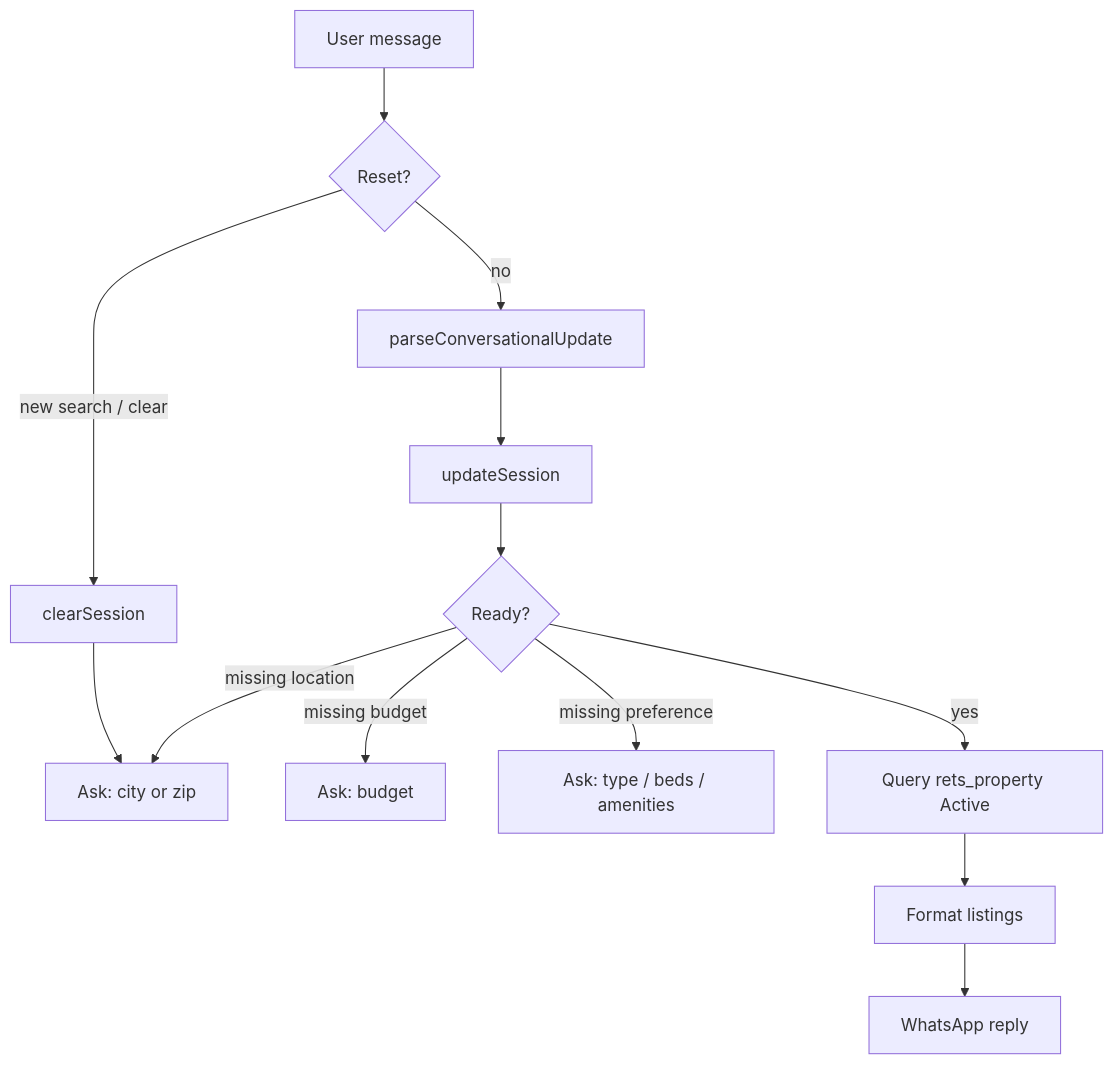
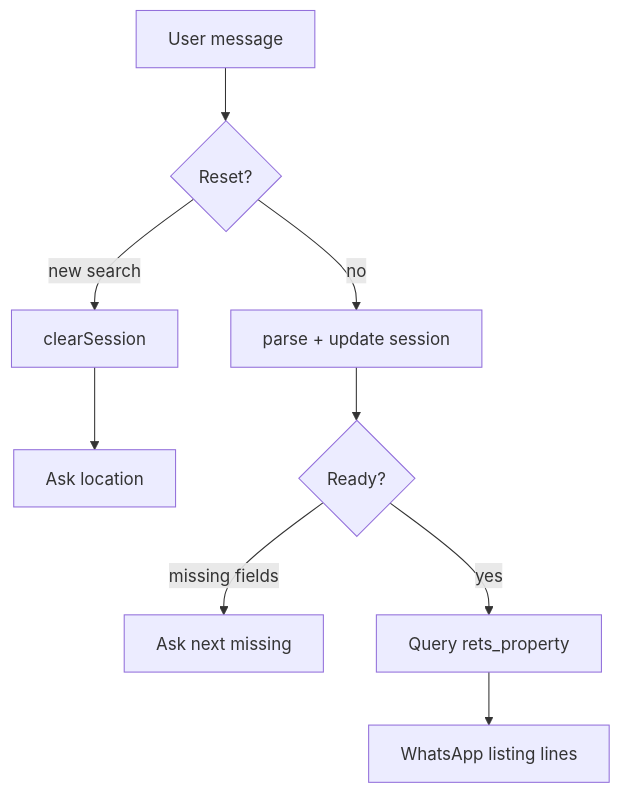
One commit to monKeypas/IDX-Exchange-Agentic-AI-Track-Summer-2026 changed the diagram in docs/week-4-conversational-property-search.md. Above: the diagram before and after it, drawn with Mermaid. The commit also changed other lines of this file and 5 other files, not shown here.

````diff
--- a/docs/week-4-conversational-property-search.md
+++ b/docs/week-4-conversational-property-search.md
@@ -26,15 +33,11 @@
 ```mermaid
 flowchart TD
     M[User message] --> R{Reset?}
-    R -->|new search / clear| C[clearSession]
-    C --> Q1[Ask: city or zip]
-    R -->|no| P[parseConversationalUpdate]
-    P --> S[updateSession]
-    S --> Ready{Ready?}
-    Ready -->|missing location| Q1
-    Ready -->|missing budget| Q2[Ask: budget]
-    Ready -->|missing preference| Q3[Ask: type / beds / amenities]
-    Ready -->|yes| SQL[Query rets_property Active]
-    SQL --> FMT[Format listings]
-    FMT --> OUT[WhatsApp reply]
+    R -->|new search| C[clearSession]
+    C --> Q1[Ask location]
+    R -->|no| P[parse + update session]
+    P --> Ready{Ready?}
+    Ready -->|missing fields| Ask[Ask next missing]
+    Ready -->|yes| SQL[Query rets_property]
+    SQL --> OUT[WhatsApp listing lines]
 ```
````
